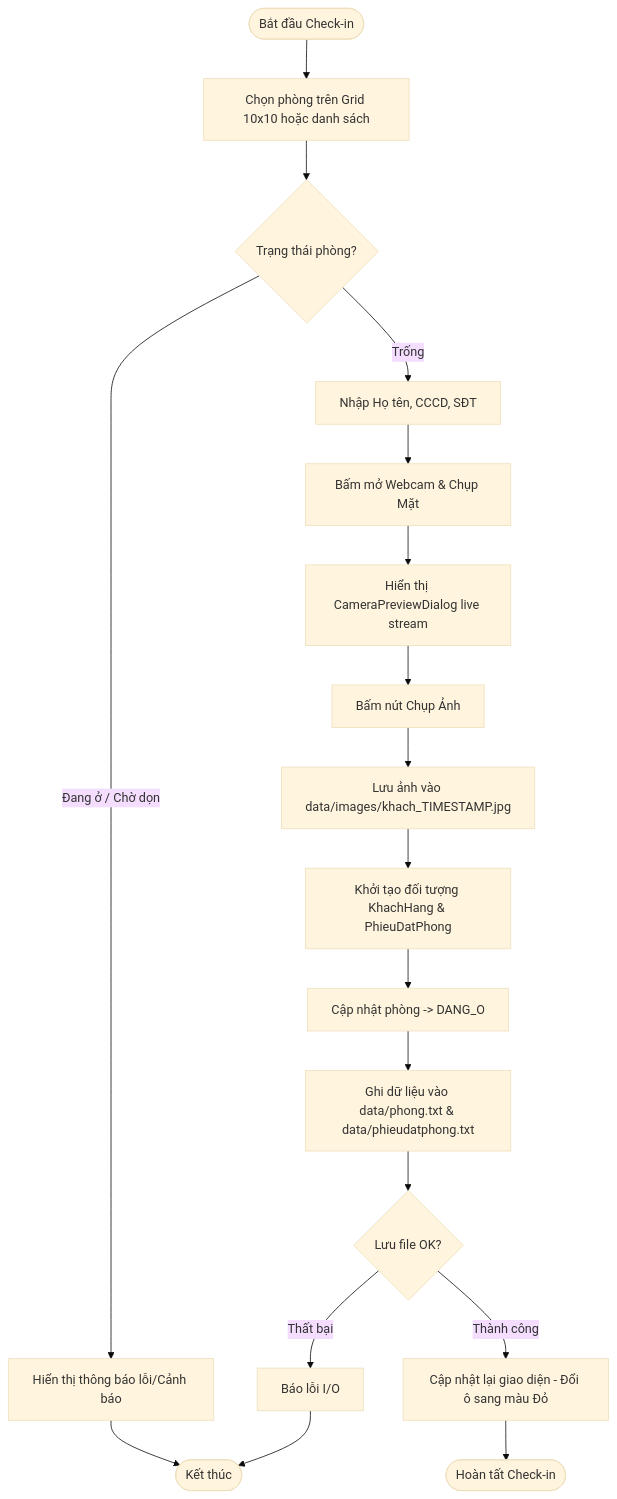
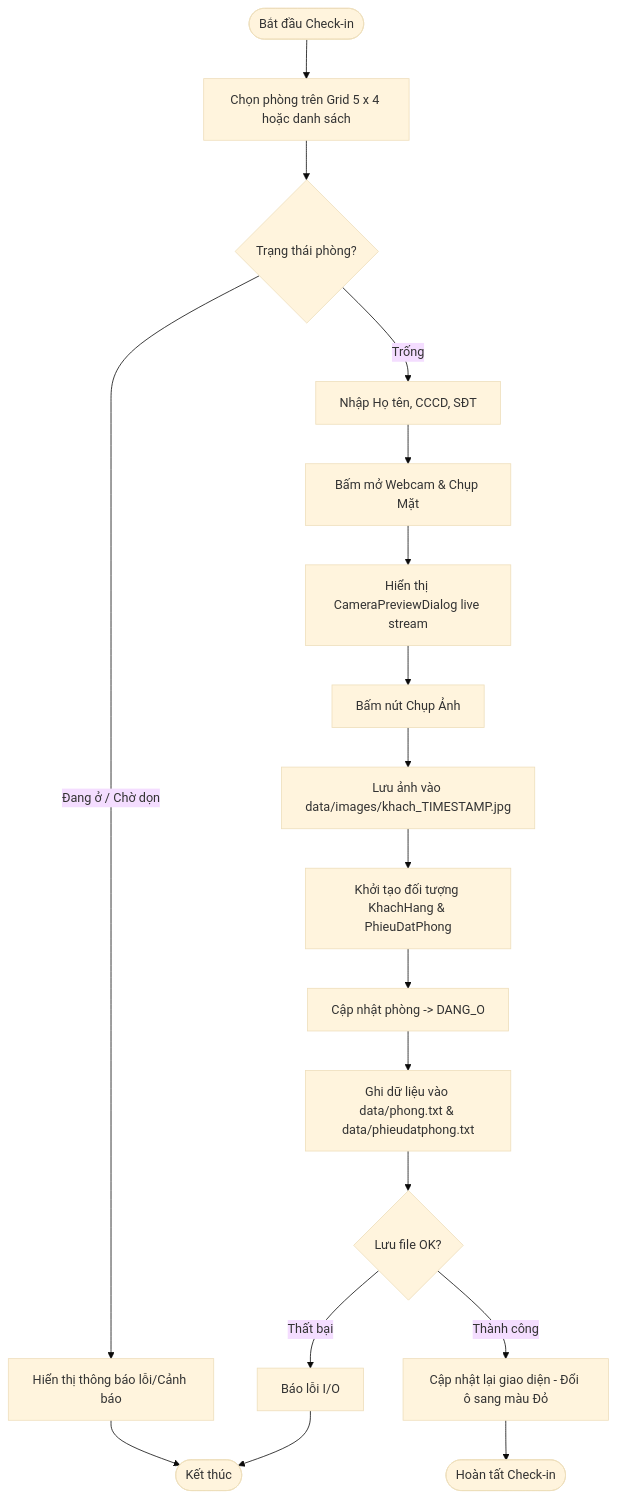
Before and after one commit to NNTTuan/HotelBookingSystem: the diagram in docs/diagrams/activity_checkin.mmd, drawn with Mermaid (base theme). The commit also changed 4 other files, not shown here.

Commit message:
edit README.md, activity_checkin.mmd, architecture.mmd, erd_data_model.mmd, usecase_diagram.mmd

```diff
--- a/docs/diagrams/activity_checkin.mmd
+++ b/docs/diagrams/activity_checkin.mmd
@@ -1,22 +1,22 @@
 flowchart TD
-    Start([Bắt đầu Check-in]) --> SelectRoom[Chọn phòng trên Grid 10x10 hoặc danh sách]
+    Start([Bắt đầu Check-in]) --> SelectRoom[Chọn phòng trên Grid 5 x 4 hoặc danh sách]
     SelectRoom --> CheckStatus{Trạng thái phòng?}
 
     CheckStatus -- Đang ở / Chờ dọn --> Error1[Hiển thị thông báo lỗi/Cảnh báo] --> End([Kết thúc])
 
     CheckStatus -- Trống --> InputInfo[Nhập Họ tên, CCCD, SĐT]
     InputInfo --> OpenCam[Bấm mở Webcam & Chụp Mặt]
 
     OpenCam --> CamFeed[Hiển thị CameraPreviewDialog live stream]
     CamFeed --> Capture[Bấm nút Chụp Ảnh]
 
     Capture --> SaveImg[Lưu ảnh vào data/images/khach_TIMESTAMP.jpg]
     SaveImg --> CreateObj[Khởi tạo đối tượng KhachHang & PhieuDatPhong]
 
     CreateObj --> UpdateRoom[Cập nhật phòng -> DANG_O]
     UpdateRoom --> WriteTXT[Ghi dữ liệu vào data/phong.txt & data/phieudatphong.txt]
 
     WriteTXT --> SaveSuccess{Lưu file OK?}
     SaveSuccess -- Thất bại --> Rollback[Báo lỗi I/O] --> End
     SaveSuccess -- Thành công --> RefreshUI[Cập nhật lại giao diện - Đổi ô sang màu Đỏ]
     RefreshUI --> Complete([Hoàn tất Check-in])
```
